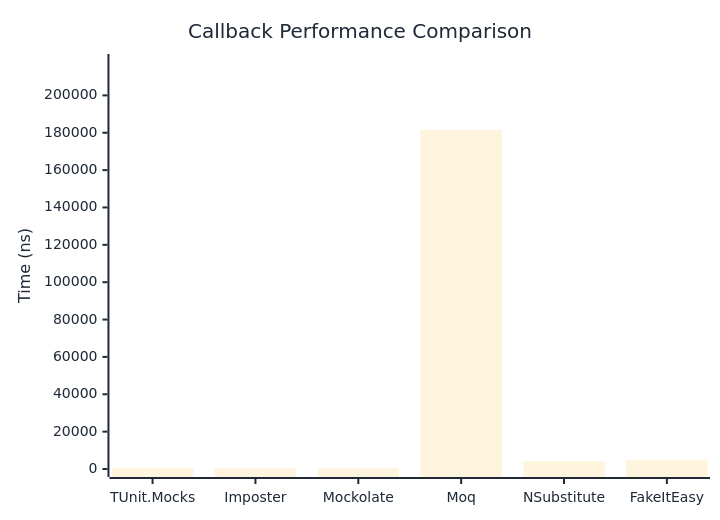
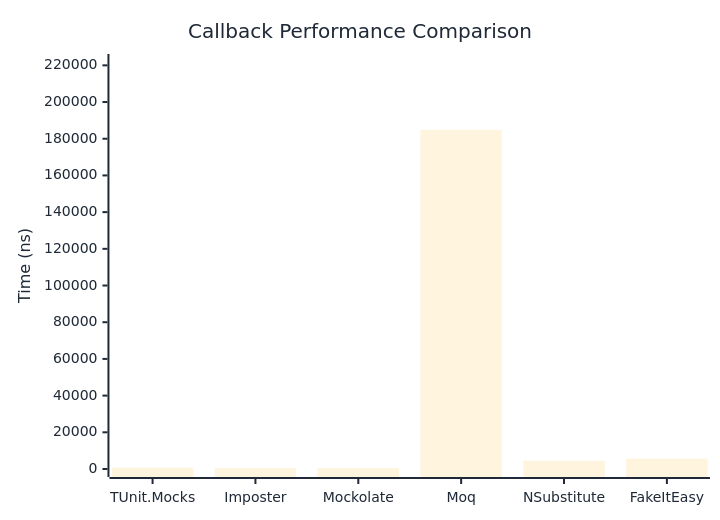
Before and after one commit to thomhurst/TUnit: the first of 2 diagrams in docs/docs/benchmarks/mocks/Callback.md, drawn with Mermaid. The commit also changed other lines of this file and 14 other files, not shown here.

````diff
--- a/docs/docs/benchmarks/mocks/Callback.md
+++ b/docs/docs/benchmarks/mocks/Callback.md
@@ -30,27 +30,27 @@
 ```mermaid
 %%{init: {
   'theme':'base',
   'themeVariables': {
     'primaryColor': '#2563eb',
     'primaryTextColor': '#1f2937',
     'primaryBorderColor': '#1e40af',
     'lineColor': '#6b7280',
     'secondaryColor': '#7c3aed',
     'tertiaryColor': '#dc2626',
     'background': '#ffffff',
     'pie1': '#2563eb',
     'pie2': '#7c3aed',
     'pie3': '#dc2626',
     'pie4': '#f59e0b',
     'pie5': '#10b981',
     'pie6': '#06b6d4',
     'pie7': '#ec4899',
     'pie8': '#6366f1'
   }
 }}%%
 xychart-beta
   title "Callback Performance Comparison"
   x-axis ["TUnit.Mocks", "Imposter", "Mockolate", "Moq", "NSubstitute", "FakeItEasy"]
-  y-axis "Time (ns)" 0 --> 217873
-  bar [629.6, 444.4, 341.6, 181560.5, 4283.7, 4913]
+  y-axis "Time (ns)" 0 --> 221822
+  bar [739.2, 513.3, 401.2, 184851.4, 4496.4, 5641.7]
 ```
````
